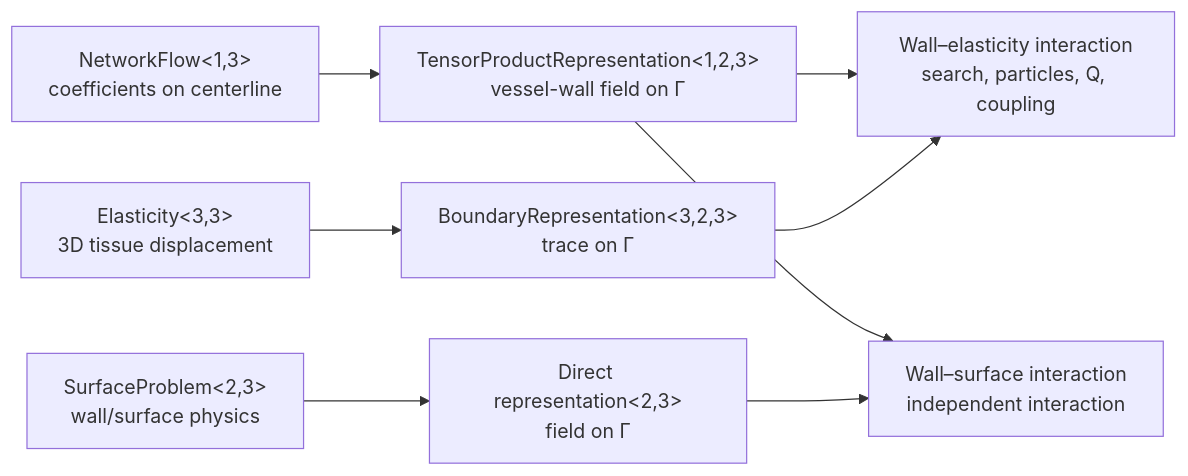
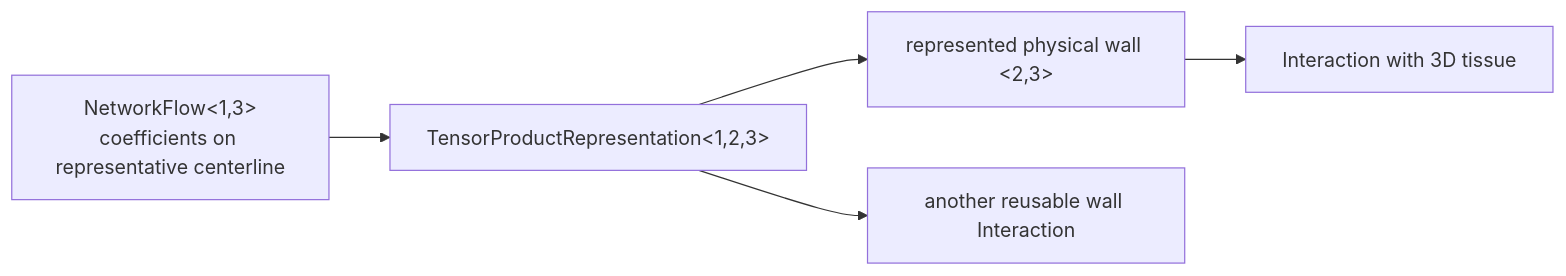
One commit to luca-heltai/immersx changed the fifth of 7 diagrams in doc/core-architecture.md. Above: the diagram before and after it, drawn with Mermaid. The commit also changed other lines of this file and 9 other files, not shown here.

Commit message:
Revise core architecture documentation

````diff
--- a/doc/core-architecture.md
+++ b/doc/core-architecture.md
@@ -471,19 +529,7 @@
 ```{mermaid}
 flowchart LR
-  NF["NetworkFlow<1,3>\ncoefficients on centerline"]
-  TP["TensorProductRepresentation<1,2,3>\nvessel-wall field on Γ"]
-  EL["Elasticity<3,3>\n3D tissue displacement"]
-  EB["BoundaryRepresentation<3,2,3>\ntrace on Γ"]
-  SP["SurfaceProblem<2,3>\nwall/surface physics"]
-  SI["Direct representation<2,3>\nfield on Γ"]
-  IE["Wall–elasticity interaction\nsearch, particles, Q, coupling"]
-  IS["Wall–surface interaction\nindependent interaction"]
-
-  NF --> TP
-  EL --> EB
-  SP --> SI
-  TP --> IE
-  EB --> IE
-  TP --> IS
-  SI --> IS
+  NF["NetworkFlow<1,3>\ncoefficients on representative centerline"] --> TP["TensorProductRepresentation<1,2,3>"]
+  TP --> WALL["represented physical wall <2,3>"]
+  WALL --> TISSUE["Interaction with 3D tissue"]
+  TP --> OTHER["another reusable wall Interaction"]
 ```
````
